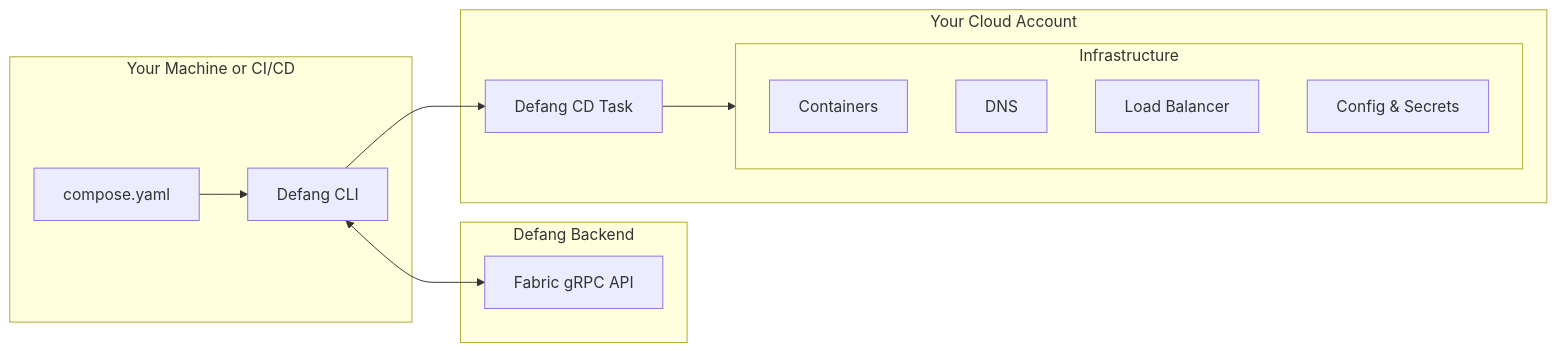
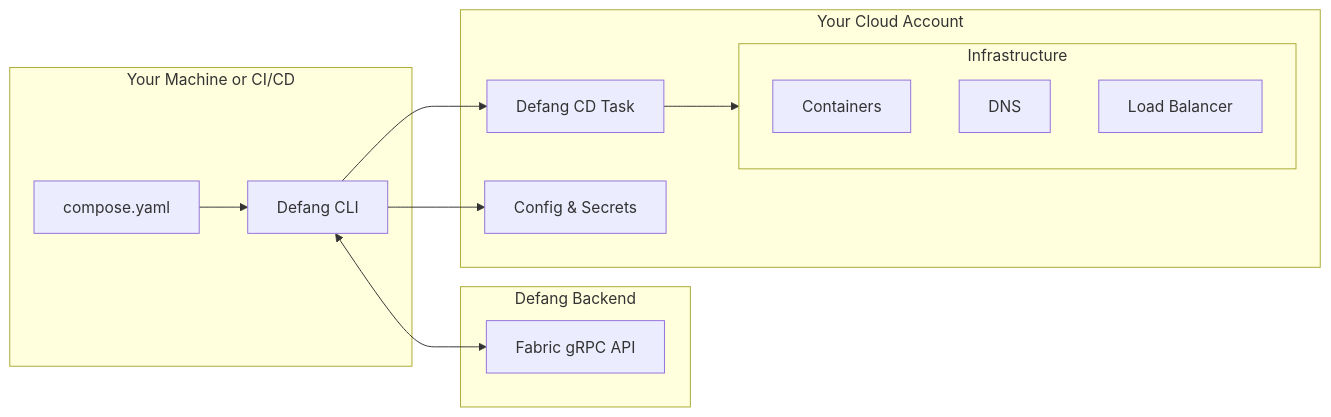
The diagram in README.md (DefangLabs/defang), drawn with Mermaid before and after one commit.

Commit message:
Update README with secrets in cloud architecture
Add secrets node to the cloud subgraph and update connections.

````diff
--- a/README.md
+++ b/README.md
@@ -13,26 +13,27 @@
 ```mermaid
 flowchart LR
     subgraph local["Your Machine or CI/CD"]
         compose["compose.yaml"]
         cli["Defang CLI"]
     end
 
     subgraph defang["Defang Backend"]
         fabric["Fabric gRPC API"]
     end
 
     subgraph cloud["Your Cloud Account"]
         cd["Defang CD Task"]
+        secrets["Config & Secrets"]
         subgraph infra["Infrastructure"]
             containers["Containers"]
             dns["DNS"]
             lb["Load Balancer"]
-            secrets["Config & Secrets"]
         end
     end
 
     compose --> cli
     cli <--> fabric
     cli --> cd
+    cli --> secrets
     cd --> infra
 ```
````
